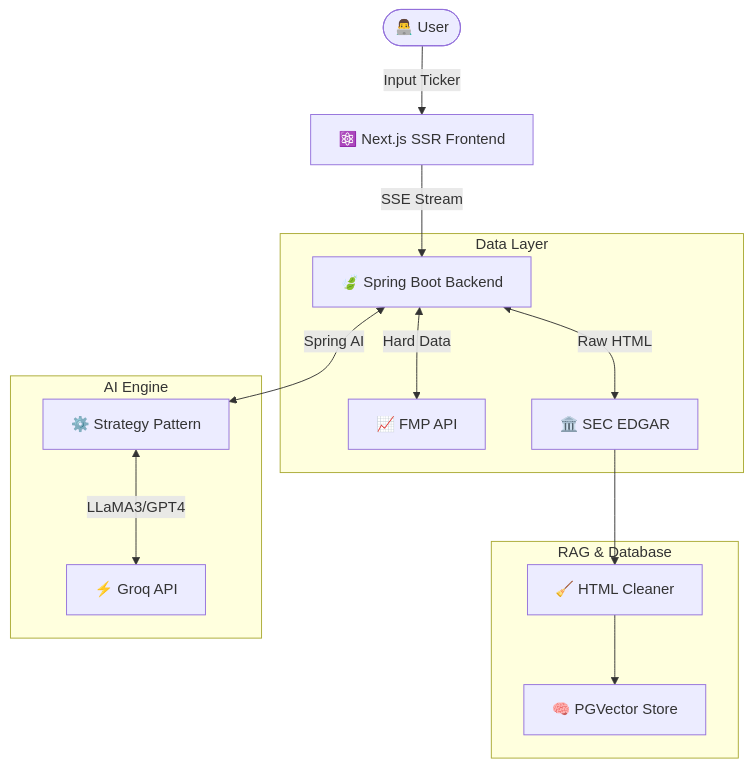
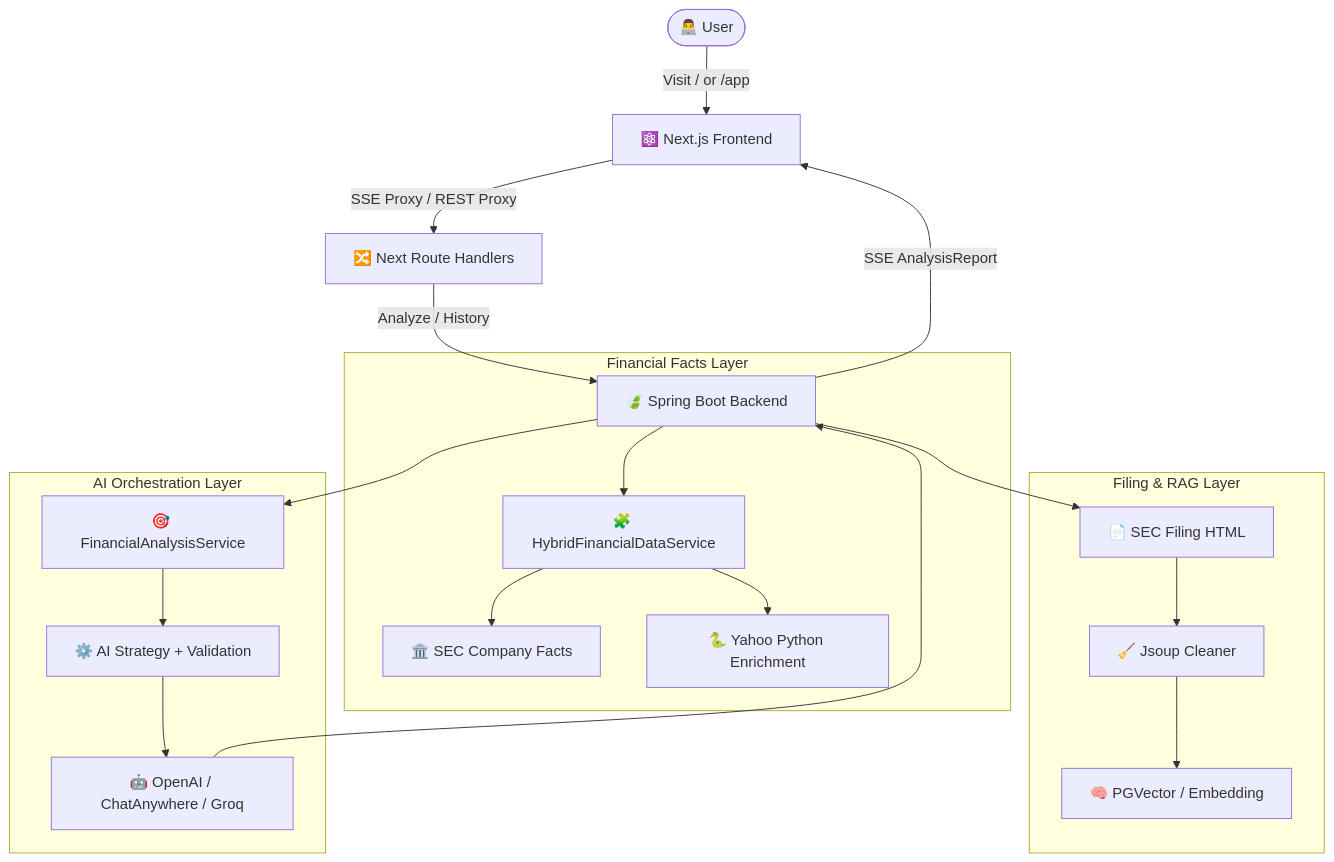
Before and after one commit to CadeYu/spring-alpha: the diagram in README.md, drawn with Mermaid. The commit also changed other lines of this file and 5 other files, not shown here.

````diff
--- a/README.md
+++ b/README.md
@@ -57,20 +57,27 @@
 ```mermaid
 graph TD
-    User([👨‍💻 User]) -->|Input Ticker| NextJS[⚛️ Next.js SSR Frontend]
-    NextJS -->|SSE Stream| SpringBoot[🍃 Spring Boot Backend]
-    
-    subgraph Data Layer
-        SpringBoot <-->|Hard Data| FMP[📈 FMP API]
-        SpringBoot <-->|Raw HTML| SEC[🏛️ SEC EDGAR]
+    User([👨‍💻 User]) -->|Visit / or /app| NextJS[⚛️ Next.js Frontend]
+    NextJS -->|SSE Proxy / REST Proxy| ApiRoutes[🔀 Next Route Handlers]
+    ApiRoutes -->|Analyze / History| SpringBoot[🍃 Spring Boot Backend]
+
+    subgraph Financial Facts Layer
+        SpringBoot --> Hybrid[🧩 HybridFinancialDataService]
+        Hybrid --> SecFacts[🏛️ SEC Company Facts]
+        Hybrid --> Yahoo[🐍 Yahoo Python Enrichment]
     end
-    
-    subgraph RAG & Database
-        SEC --> Jsoup[🧹 HTML Cleaner]
-        Jsoup --> Embedding[🧠 PGVector Store]
+
+    subgraph Filing & RAG Layer
+        SpringBoot --> SecFiling[📄 SEC Filing HTML]
+        SecFiling --> Cleaner[🧹 Jsoup Cleaner]
+        Cleaner --> Vector[🧠 PGVector / Embedding]
     end
-    
-    subgraph AI Engine
-        SpringBoot <-->|Spring AI| Strategy[⚙️ Strategy Pattern]
-        Strategy <-->|LLaMA3/GPT4| Groq[⚡ Groq API]
+
+    subgraph AI Orchestration Layer
+        SpringBoot --> Orchestrator[🎯 FinancialAnalysisService]
+        Orchestrator --> Strategy[⚙️ AI Strategy + Validation]
+        Strategy --> Providers[🤖 OpenAI / ChatAnywhere / Groq]
     end
+
+    Providers --> SpringBoot
+    SpringBoot -->|SSE AnalysisReport| NextJS
 ```
````
